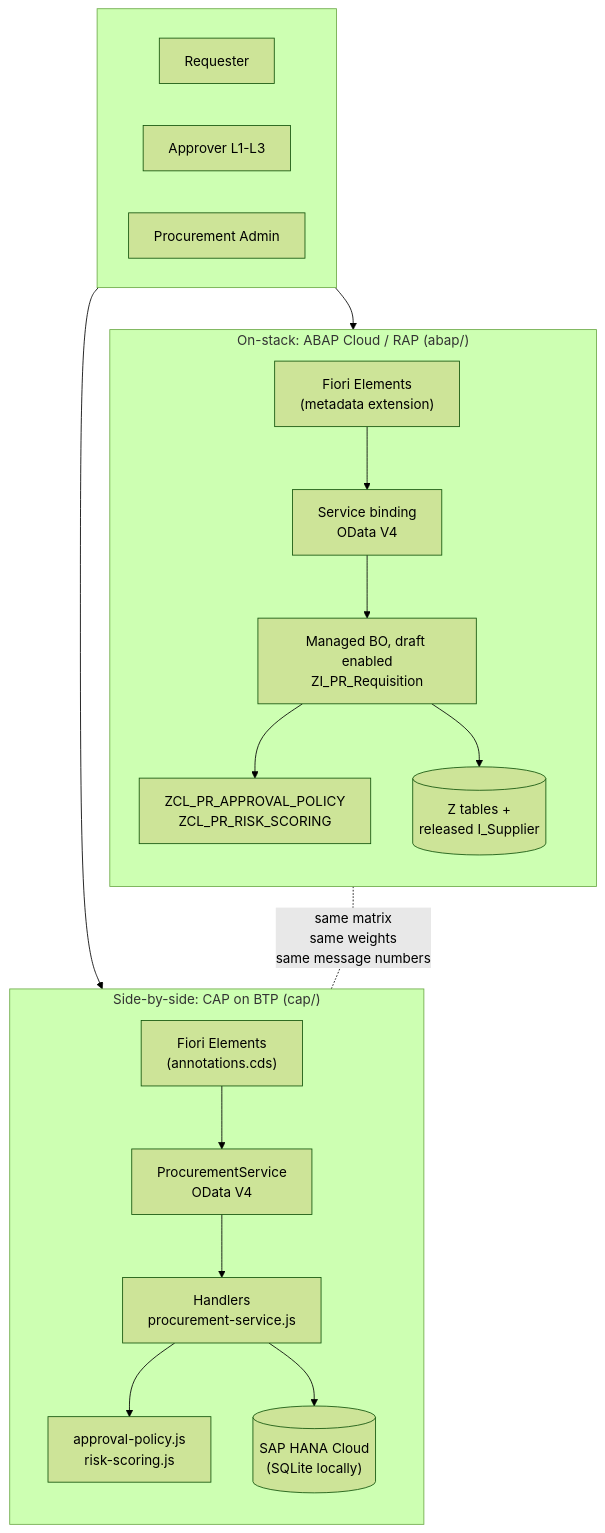
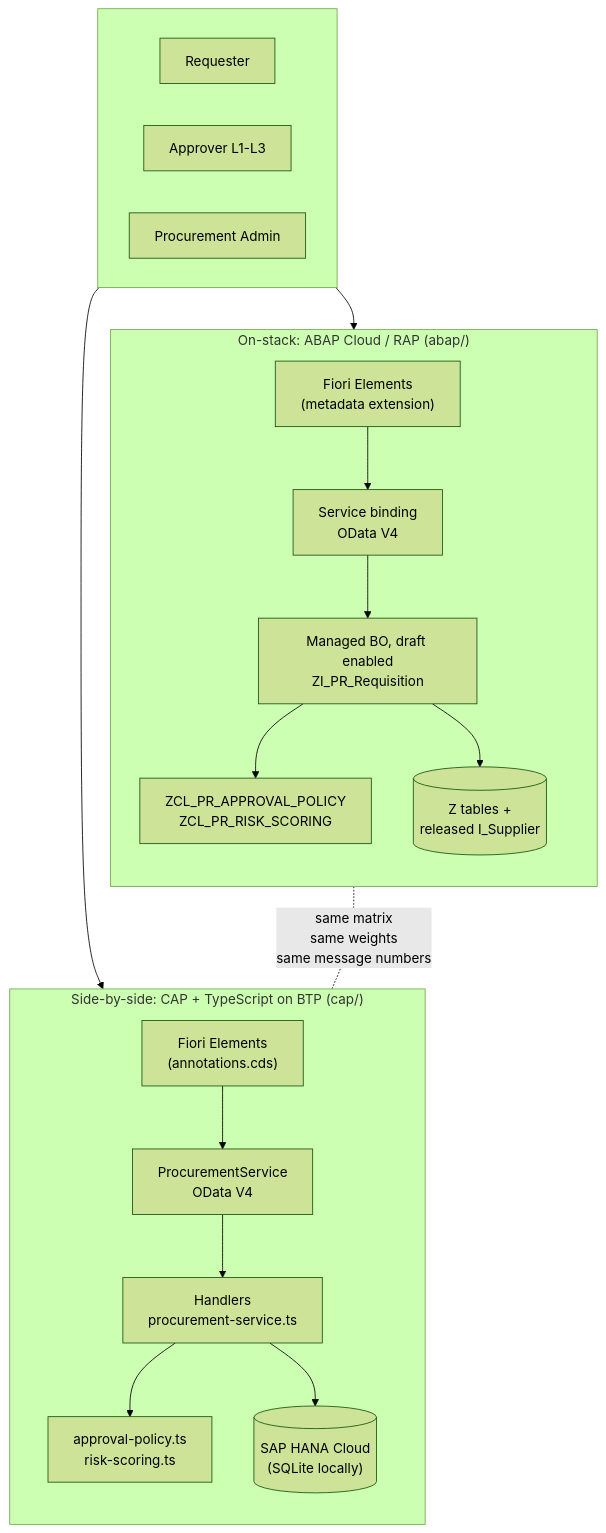
One commit to P-hinn/SAP-Showcase changed the diagram in docs/architecture.md. Above: the diagram before and after it, drawn with Mermaid (forest theme). The commit also changed other lines of this file and 38 other files, not shown here.

````diff
--- a/docs/architecture.md
+++ b/docs/architecture.md
@@ -25,36 +25,36 @@
 ```mermaid
 flowchart TB
   subgraph users[" "]
     direction LR
     U1["Requester"]
     U2["Approver L1-L3"]
     U3["Procurement Admin"]
   end
 
   subgraph onstack["On-stack: ABAP Cloud / RAP (abap/)"]
     direction TB
     FE1["Fiori Elements<br/>(metadata extension)"]
     SB["Service binding<br/>OData V4"]
     BO["Managed BO, draft enabled<br/>ZI_PR_Requisition"]
     RULES1["ZCL_PR_APPROVAL_POLICY<br/>ZCL_PR_RISK_SCORING"]
     T1[("Z tables +<br/>released I_Supplier")]
     FE1 --> SB --> BO --> RULES1
     BO --> T1
   end
 
-  subgraph sidebyside["Side-by-side: CAP on BTP (cap/)"]
+  subgraph sidebyside["Side-by-side: CAP + TypeScript on BTP (cap/)"]
     direction TB
     FE2["Fiori Elements<br/>(annotations.cds)"]
     SRV["ProcurementService<br/>OData V4"]
-    HND["Handlers<br/>procurement-service.js"]
-    RULES2["approval-policy.js<br/>risk-scoring.js"]
+    HND["Handlers<br/>procurement-service.ts"]
+    RULES2["approval-policy.ts<br/>risk-scoring.ts"]
     T2[("SAP HANA Cloud<br/>(SQLite locally)")]
     FE2 --> SRV --> HND --> RULES2
     HND --> T2
   end
 
   users --> FE1
   users --> FE2
 
   RULES1 -. "same matrix<br/>same weights<br/>same message numbers" .- RULES2
 ```
````
